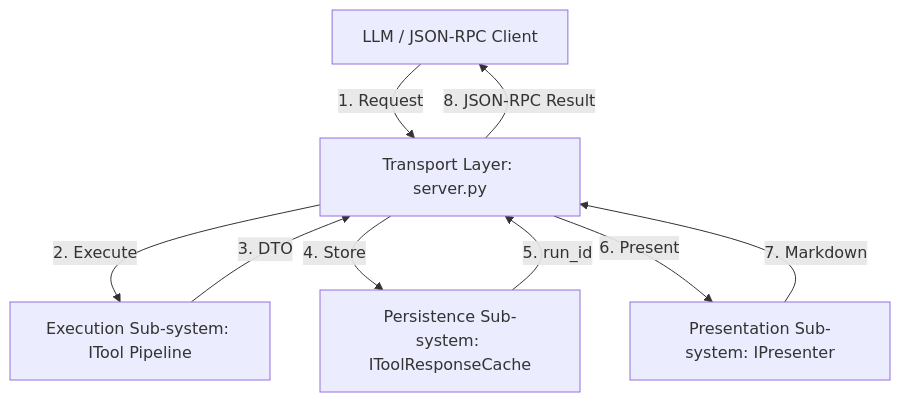
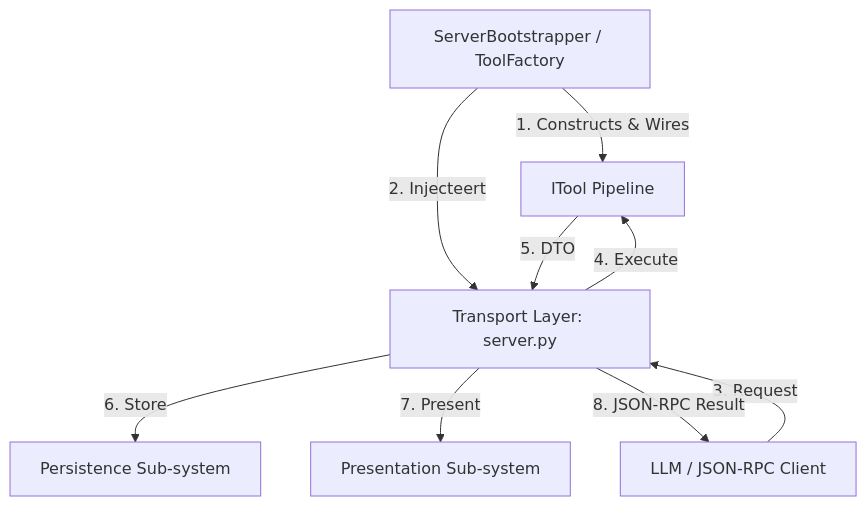
One commit to MikeyVK/phase-gate-mcp changed the diagram in docs/development/issue406/research.md. Above: the diagram before and after it, drawn with Mermaid. The commit also changed other lines of this file, not shown here.

Commit message:
docs(P_RESEARCH): Integrate construction layer (Composition Root) and align research.md with target architecture (#406)

````diff
--- a/docs/development/issue406/research.md
+++ b/docs/development/issue406/research.md
@@ -69,11 +62,11 @@
 ```mermaid
 graph TD
-    Client[LLM / JSON-RPC Client] -->|1. Request| Transport[Transport Layer: server.py]
-    Transport -->|2. Execute| ExecSub[Execution Sub-system: ITool Pipeline]
-    ExecSub -->|3. DTO| Transport
-    Transport -->|4. Store| CacheSub[Persistence Sub-system: IToolResponseCache]
-    CacheSub -->|5. run_id| Transport
-    Transport -->|6. Present| PresSub[Presentation Sub-system: IPresenter]
-    PresSub -->|7. Markdown| Transport
+    Boot[ServerBootstrapper / ToolFactory] -->|1. Constructs & Wires| Pipeline[ITool Pipeline]
+    Boot -->|2. Injecteert| Transport[Transport Layer: server.py]
+    Client[LLM / JSON-RPC Client] -->|3. Request| Transport
+    Transport -->|4. Execute| Pipeline
+    Pipeline -->|5. DTO| Transport
+    Transport -->|6. Store| Cache[Persistence Sub-system]
+    Transport -->|7. Present| Presenter[Presentation Sub-system]
     Transport -->|8. JSON-RPC Result| Client
 ```
````
